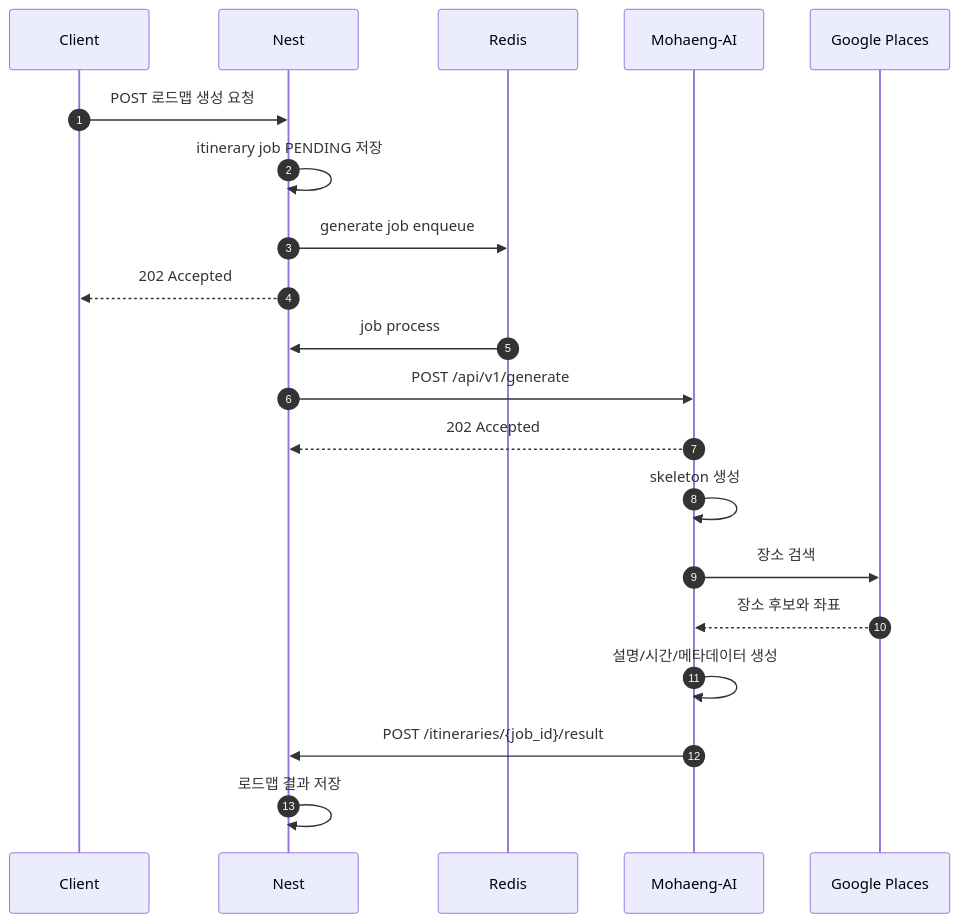
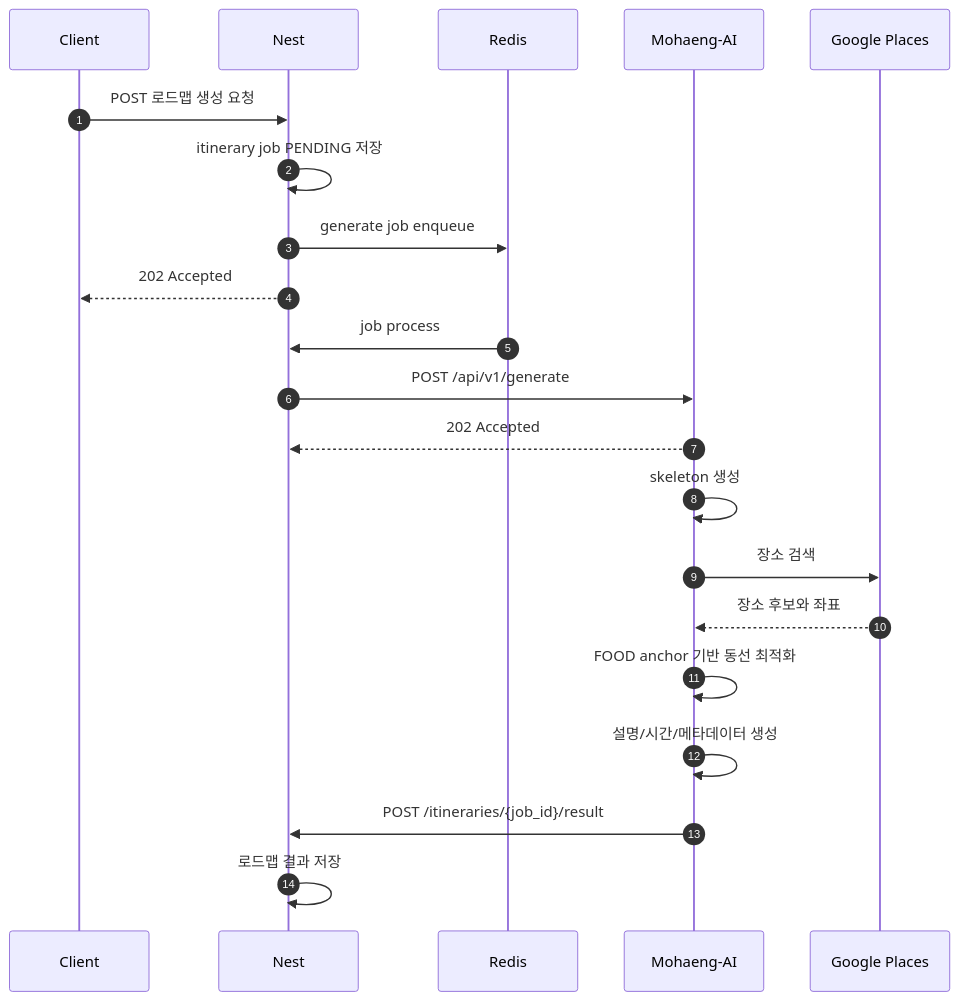
One commit to SERVICE-MOHAENG/Mohaeng-AI changed the diagram in docs/architecture/roadmap-generation-server-communication.md. Above: the diagram before and after it, drawn with Mermaid. The commit also changed other lines of this file and 10 other files, not shown here.

````diff
--- a/docs/architecture/roadmap-generation-server-communication.md
+++ b/docs/architecture/roadmap-generation-server-communication.md
@@ -34,23 +34,24 @@
 ```mermaid
 sequenceDiagram
     autonumber
     participant Client
     participant Nest
     participant Redis
     participant Python as Mohaeng-AI
     participant Places as Google Places
 
     Client->>Nest: POST 로드맵 생성 요청
     Nest->>Nest: itinerary job PENDING 저장
     Nest->>Redis: generate job enqueue
     Nest-->>Client: 202 Accepted
     Redis->>Nest: job process
     Nest->>Python: POST /api/v1/generate
     Python-->>Nest: 202 Accepted
     Python->>Python: skeleton 생성
     Python->>Places: 장소 검색
     Places-->>Python: 장소 후보와 좌표
+    Python->>Python: FOOD anchor 기반 동선 최적화
     Python->>Python: 설명/시간/메타데이터 생성
     Python->>Nest: POST /itineraries/{job_id}/result
     Nest->>Nest: 로드맵 결과 저장
 ```
````
